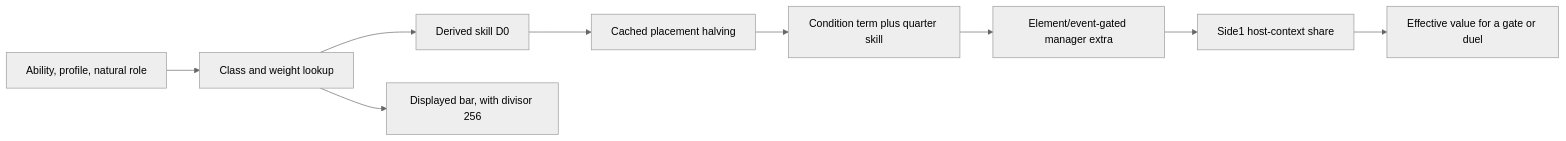
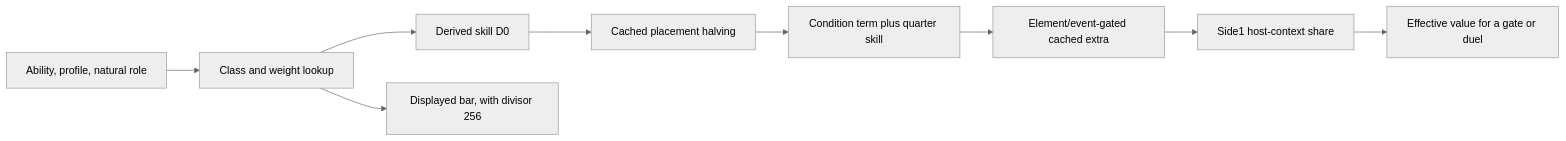
The diagram in docs/engine-study/attribute-formulas.md (diegoami/goal2-archaeology), drawn with Mermaid (neutral theme) before and after one commit. The commit also changed other lines of this file and 12 other files, not shown here.

````diff
--- a/docs/engine-study/attribute-formulas.md
+++ b/docs/engine-study/attribute-formulas.md
@@ -50,11 +50,11 @@
 ```mermaid
 flowchart LR
   A[Ability, profile, natural role] --> B[Class and weight lookup]
   B --> C[Derived skill D0]
   C --> D[Cached placement halving]
   D --> E[Condition term plus quarter skill]
-  E --> F[Element/event-gated manager extra]
+  E --> F[Element/event-gated cached extra]
   F --> G[Side1 host-context share]
   G --> H[Effective value for a gate or duel]
   B --> I[Displayed bar, with divisor 256]
 ```
````
